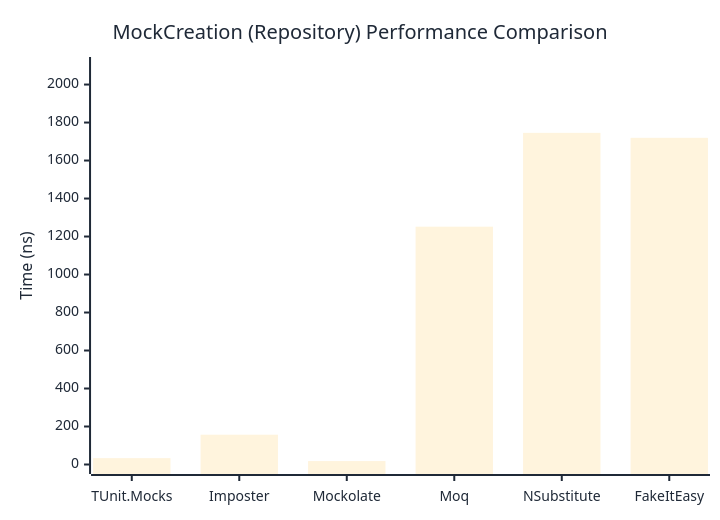
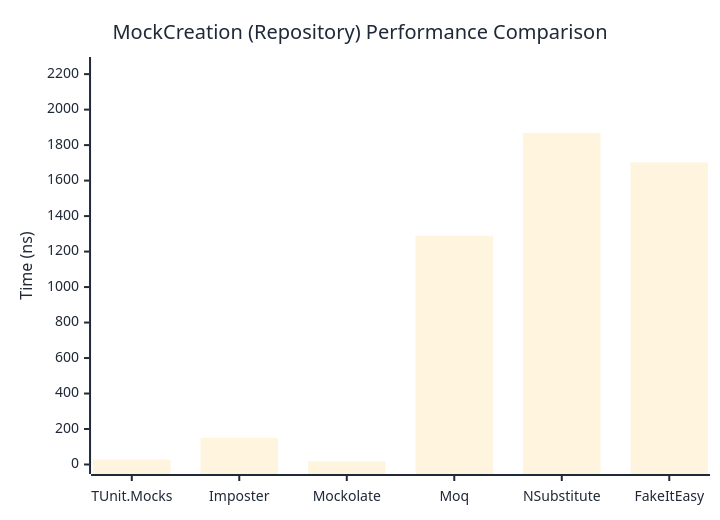
Before and after one commit to thomhurst/TUnit: the second of 2 diagrams in docs/docs/benchmarks/mocks/MockCreation.md, drawn with Mermaid. The commit also changed other lines of this file and 14 other files, not shown here.

````diff
--- a/docs/docs/benchmarks/mocks/MockCreation.md
+++ b/docs/docs/benchmarks/mocks/MockCreation.md
@@ -71,27 +71,27 @@
 ```mermaid
 %%{init: {
   'theme':'base',
   'themeVariables': {
     'primaryColor': '#2563eb',
     'primaryTextColor': '#1f2937',
     'primaryBorderColor': '#1e40af',
     'lineColor': '#6b7280',
     'secondaryColor': '#7c3aed',
     'tertiaryColor': '#dc2626',
     'background': '#ffffff',
     'pie1': '#2563eb',
     'pie2': '#7c3aed',
     'pie3': '#dc2626',
     'pie4': '#f59e0b',
     'pie5': '#10b981',
     'pie6': '#06b6d4',
     'pie7': '#ec4899',
     'pie8': '#6366f1'
   }
 }}%%
 xychart-beta
   title "MockCreation (Repository) Performance Comparison"
   x-axis ["TUnit.Mocks", "Imposter", "Mockolate", "Moq", "NSubstitute", "FakeItEasy"]
-  y-axis "Time (ns)" 0 --> 2095
-  bar [33.53, 156.85, 18.04, 1251.86, 1745.73, 1719.53]
+  y-axis "Time (ns)" 0 --> 2243
+  bar [28.18, 150.31, 17.83, 1288.7, 1868.62, 1702.66]
 ```
````
